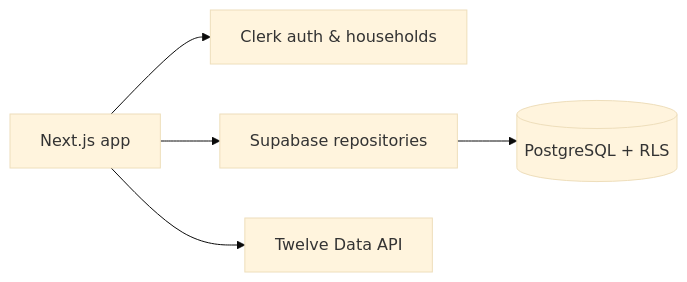
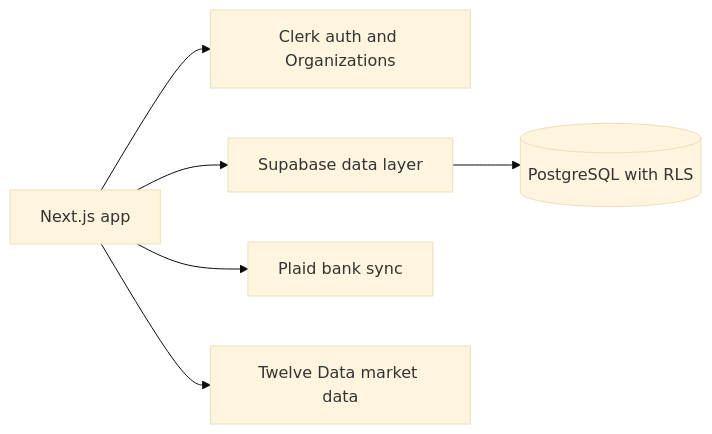
Before and after one commit to sampbaer-creator/BaerVault: the diagram in README.md, drawn with Mermaid (base theme). The commit also changed other lines of this file and 1 other file, not shown here.

````diff
--- a/README.md
+++ b/README.md
@@ -41,7 +31,8 @@
 ```mermaid
 flowchart LR
-    UI[Next.js app] --> AUTH[Clerk auth & households]
-    UI --> DATA[Supabase repositories]
-    DATA --> DB[(PostgreSQL + RLS)]
-    UI --> MARKET[Twelve Data API]
+    UI[Next.js app] --> AUTH[Clerk auth and Organizations]
+    UI --> DATA[Supabase data layer]
+    DATA --> DB[(PostgreSQL with RLS)]
+    UI --> PLAID[Plaid bank sync]
+    UI --> MARKET[Twelve Data market data]
 ```
````
